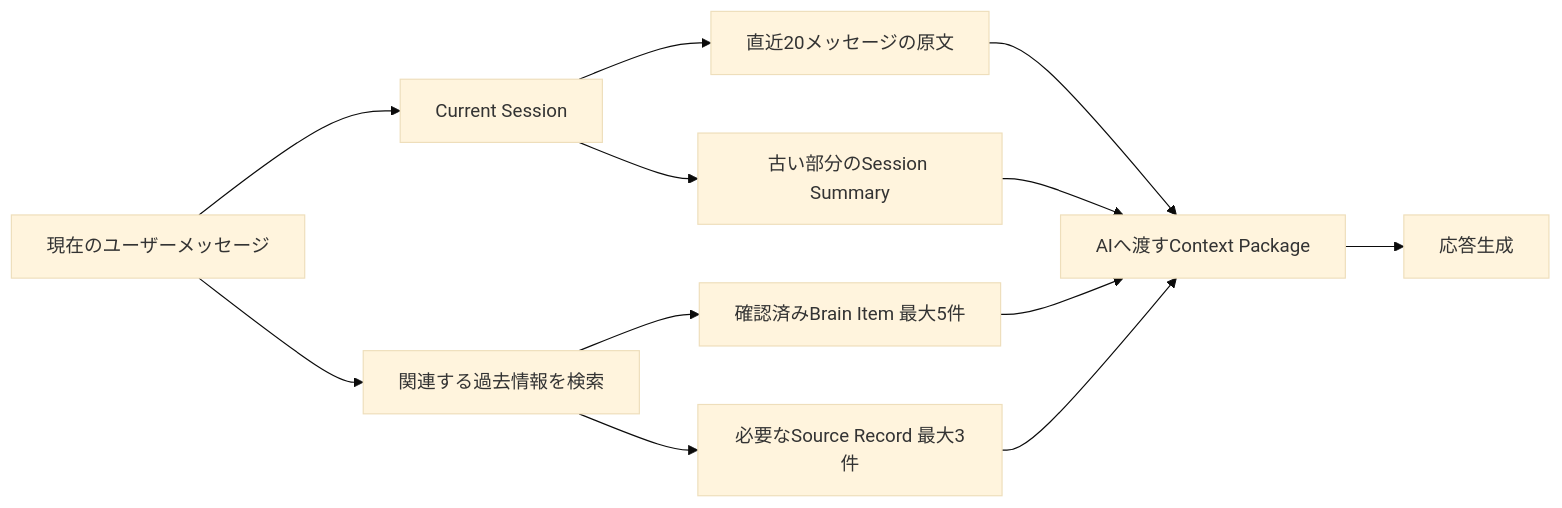
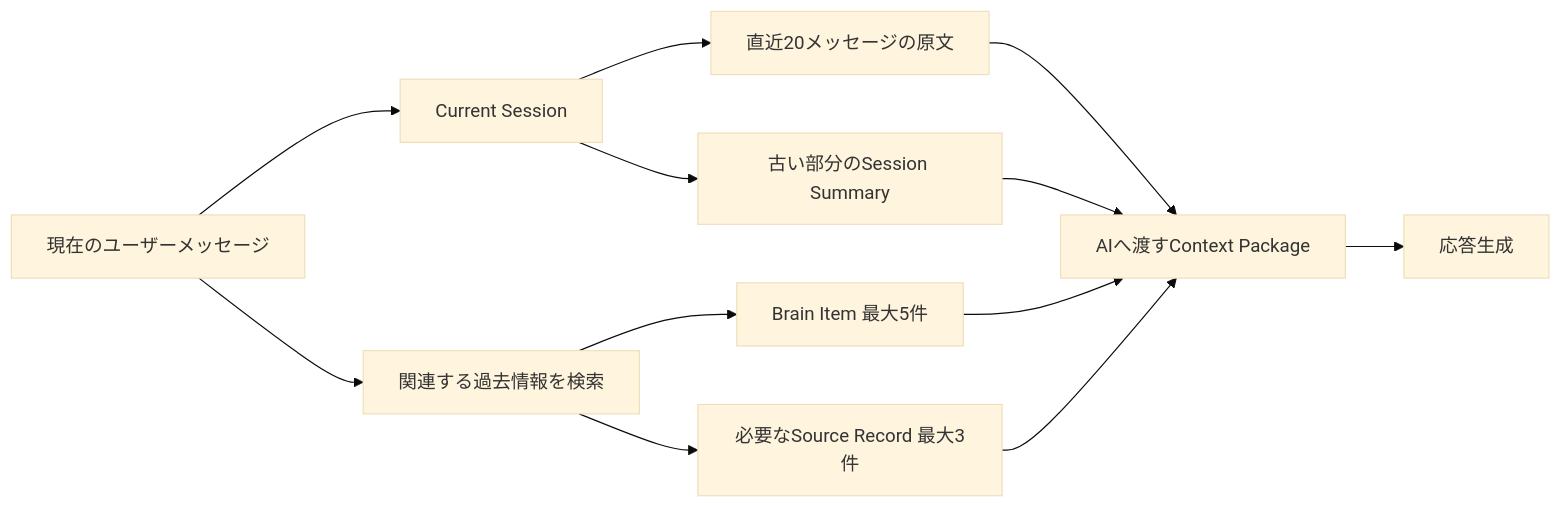
Before and after one commit to kkyosuke/me-builder: the third of 3 diagrams in docs/product/diary-chat-experience.md, drawn with Mermaid (base theme). The commit also changed other lines of this file and 62 other files, not shown here.

````diff
--- a/docs/product/diary-chat-experience.md
+++ b/docs/product/diary-chat-experience.md
@@ -370,14 +369,14 @@
 ```mermaid
 flowchart LR
     U[現在のユーザーメッセージ] --> CS[Current Session]
     CS --> R[直近20メッセージの原文]
     CS --> S[古い部分のSession Summary]
     U --> Q[関連する過去情報を検索]
-    Q --> B[確認済みBrain Item 最大5件]
+    Q --> B[Brain Item 最大5件]
     Q --> E[必要なSource Record 最大3件]
     R --> P[AIへ渡すContext Package]
     S --> P
     B --> P
     E --> P
     P --> A[応答生成]
 ```
````
